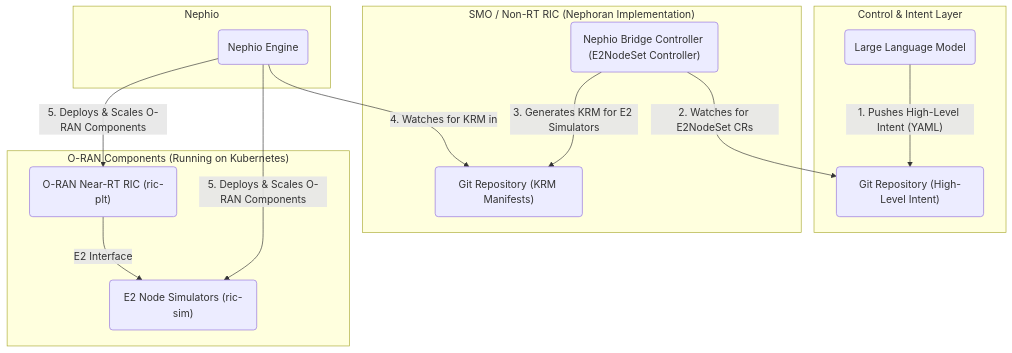
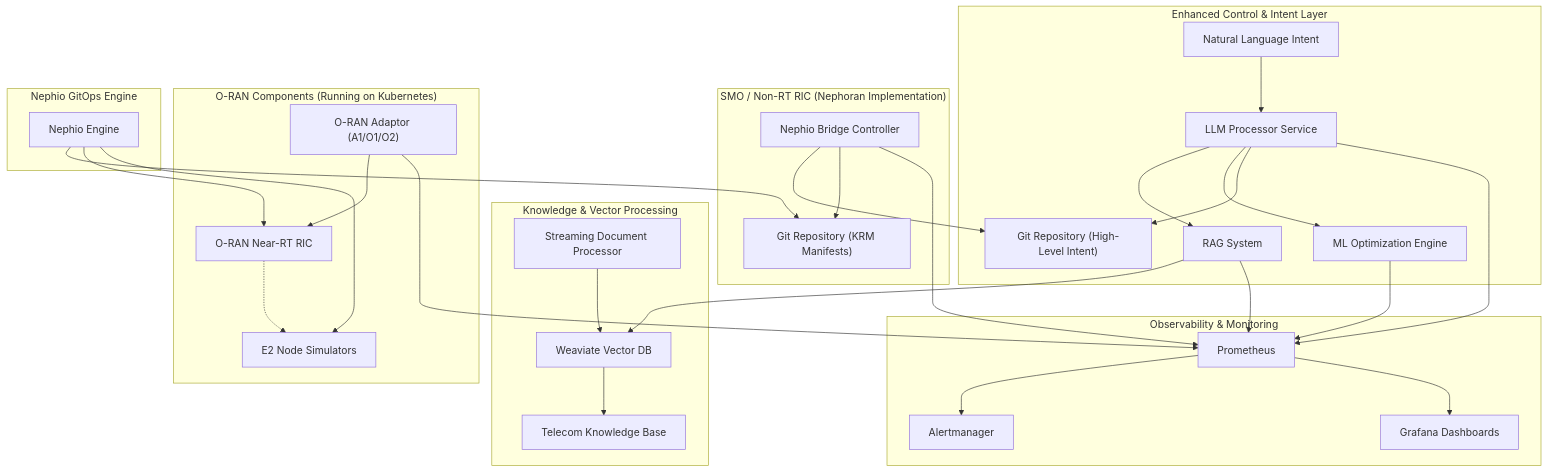
One commit to thc1006/nephoran-intent-operator changed the diagram in README.md. Above: the diagram before and after it, drawn with Mermaid. The commit also changed other lines of this file and 1 other file, not shown here.

Commit message:
feat(docs): 更新系統架構文檔，新增 RAG 系統與 ML 優化引擎的詳細描述

````diff
--- a/README.md
+++ b/README.md
@@ -21,29 +23,65 @@
 ```mermaid
 graph TD
-    subgraph "Control & Intent Layer"
-        LLM("Large Language Model")
-        ControlRepo("Git Repository (High-Level Intent)")
+    subgraph "Enhanced Control & Intent Layer"
+        NLIntent["Natural Language Intent"]
+        LLMProcessor["LLM Processor Service"]
+        RAGSystem["RAG System"]
+        MLEngine["ML Optimization Engine"]
+        ControlRepo["Git Repository (High-Level Intent)"]
+    end
+
+    subgraph "Knowledge & Vector Processing"
+        Weaviate["Weaviate Vector DB"]
+        KnowledgeBase["Telecom Knowledge Base"]
+        StreamProcessor["Streaming Document Processor"]
     end
 
     subgraph "SMO / Non-RT RIC (Nephoran Implementation)"
-        NephioBridge("Nephio Bridge Controller (E2NodeSet Controller)")
-        DeploymentRepo("Git Repository (KRM Manifests)")
+        NephioBridge["Nephio Bridge Controller"]
+        DeploymentRepo["Git Repository (KRM Manifests)"]
     end
 
     subgraph "O-RAN Components (Running on Kubernetes)"
-        NearRtRic("O-RAN Near-RT RIC (ric-plt)")
-        E2Sim("E2 Node Simulators (ric-sim)")
+        NearRtRic["O-RAN Near-RT RIC"]
+        E2Sim["E2 Node Simulators"]
+        ORANAdaptor["O-RAN Adaptor (A1/O1/O2)"]
     end
 
-    LLM -- "1. Pushes High-Level Intent (YAML)" --> ControlRepo
-    NephioBridge -- "2. Watches for E2NodeSet CRs" --> ControlRepo
-    NephioBridge -- "3. Generates KRM for E2 Simulators" --> DeploymentRepo
-    subgraph "Nephio"
-        NephioEngine("Nephio Engine")
+    subgraph "Observability & Monitoring"
+        Prometheus["Prometheus"]
+        Alertmanager["Alertmanager"]
+        Grafana["Grafana Dashboards"]
     end
-    NephioEngine -- "4. Watches for KRM in" --> DeploymentRepo
-    NephioEngine -- "5. Deploys & Scales O-RAN Components" --> NearRtRic
-    NephioEngine -- "5. Deploys & Scales O-RAN Components" --> E2Sim
 
-    NearRtRic -- "E2 Interface" --> E2Sim
+    NLIntent --> LLMProcessor
+    LLMProcessor --> RAGSystem
+    RAGSystem --> Weaviate
+    Weaviate --> KnowledgeBase
+    StreamProcessor --> Weaviate
+    
+    LLMProcessor --> MLEngine
+    MLEngine --> Prometheus
+    
+    LLMProcessor --> ControlRepo
+    NephioBridge --> ControlRepo
+    NephioBridge --> DeploymentRepo
+    
+    subgraph "Nephio GitOps Engine"
+        NephioEngine["Nephio Engine"]
+    end
+    
+    NephioEngine --> DeploymentRepo
+    NephioEngine --> NearRtRic
+    NephioEngine --> E2Sim
+    
+    ORANAdaptor --> NearRtRic
+    NearRtRic -.-> E2Sim
+    
+    %% Monitoring connections
+    LLMProcessor --> Prometheus
+    RAGSystem --> Prometheus
+    NephioBridge --> Prometheus
+    ORANAdaptor --> Prometheus
+    Prometheus --> Alertmanager
+    Prometheus --> Grafana
 ```
````
